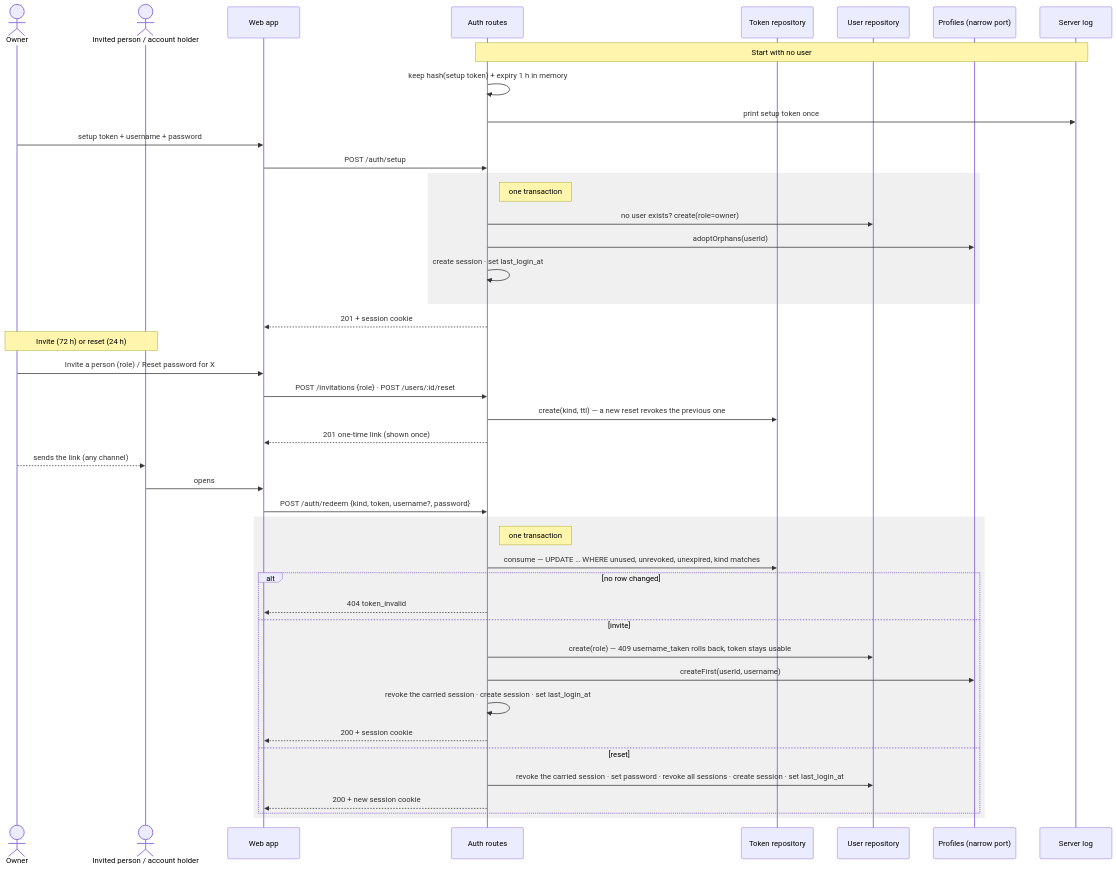
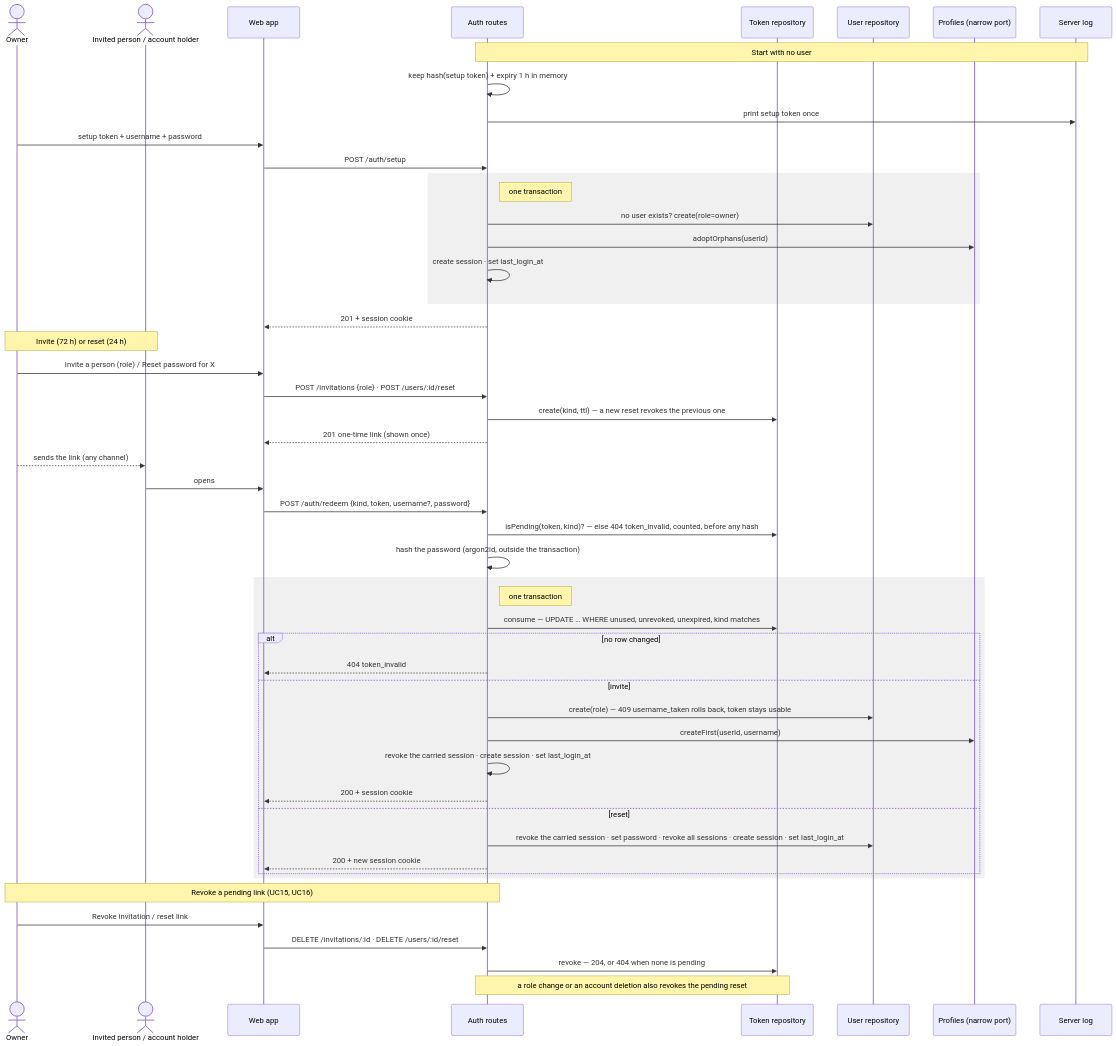
Before and after one commit to benoit-bremaud/popcorntv: the diagram in docs/architecture/diagrams/auth/02-sequence-invite-and-accept.md, drawn with Mermaid. The commit also changed 14 other files, not shown here.

````diff
--- a/docs/architecture/diagrams/auth/02-sequence-invite-and-accept.md
+++ b/docs/architecture/diagrams/auth/02-sequence-invite-and-accept.md
@@ -15,48 +15,56 @@
 ```mermaid
 sequenceDiagram
   actor O as Owner
   actor G as Invited person / account holder
   participant W as Web app
   participant API as Auth routes
   participant TR as Token repository
   participant UR as User repository
   participant PR as Profiles (narrow port)
   participant SV as Server log
 
   Note over API,SV: Start with no user
   API->>API: keep hash(setup token) + expiry 1 h in memory
   API->>SV: print setup token once
   O->>W: setup token + username + password
   W->>API: POST /auth/setup
   rect rgb(240, 240, 240)
     Note right of API: one transaction
     API->>UR: no user exists? create(role=owner)
     API->>PR: adoptOrphans(userId)
     API->>API: create session · set last_login_at
   end
   API-->>W: 201 + session cookie
 
   Note over O,G: Invite (72 h) or reset (24 h)
   O->>W: Invite a person (role) / Reset password for X
   W->>API: POST /invitations {role} · POST /users/:id/reset
   API->>TR: create(kind, ttl) — a new reset revokes the previous one
   API-->>W: 201 one-time link (shown once)
   O-->>G: sends the link (any channel)
   G->>W: opens #/invite/<token> or #/reset/<token>
   W->>API: POST /auth/redeem {kind, token, username?, password}
+  API->>TR: isPending(token, kind)? — else 404 token_invalid, counted, before any hash
+  API->>API: hash the password (argon2id, outside the transaction)
   rect rgb(240, 240, 240)
     Note right of API: one transaction
     API->>TR: consume — UPDATE … WHERE unused, unrevoked, unexpired, kind matches
     alt no row changed
       API-->>W: 404 token_invalid
     else invite
       API->>UR: create(role) — 409 username_taken rolls back, token stays usable
       API->>PR: createFirst(userId, username)
       API->>API: revoke the carried session · create session · set last_login_at
       API-->>W: 200 + session cookie
     else reset
       API->>UR: revoke the carried session · set password · revoke all sessions · create session · set last_login_at
       API-->>W: 200 + new session cookie
     end
   end
+
+  Note over O,API: Revoke a pending link (UC15, UC16)
+  O->>W: Revoke invitation / reset link
+  W->>API: DELETE /invitations/:id · DELETE /users/:id/reset
+  API->>TR: revoke — 204, or 404 when none is pending
+  Note over API,TR: a role change or an account deletion also revokes the pending reset
 ```
````
